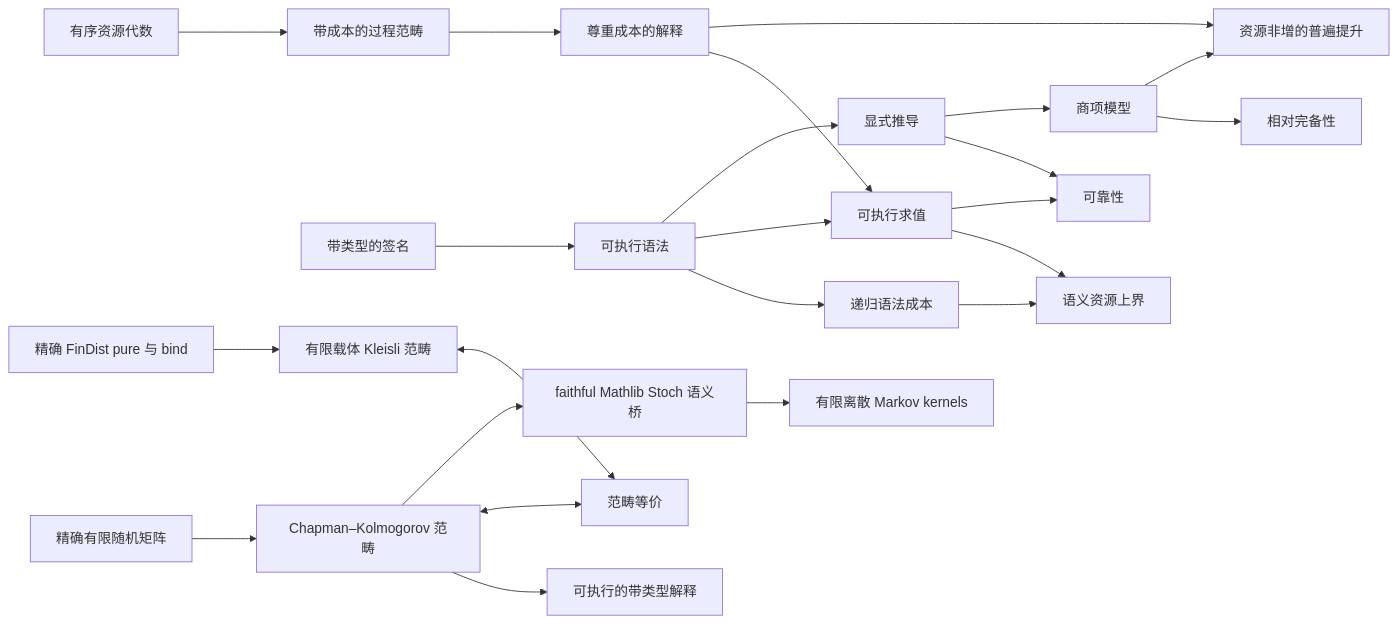
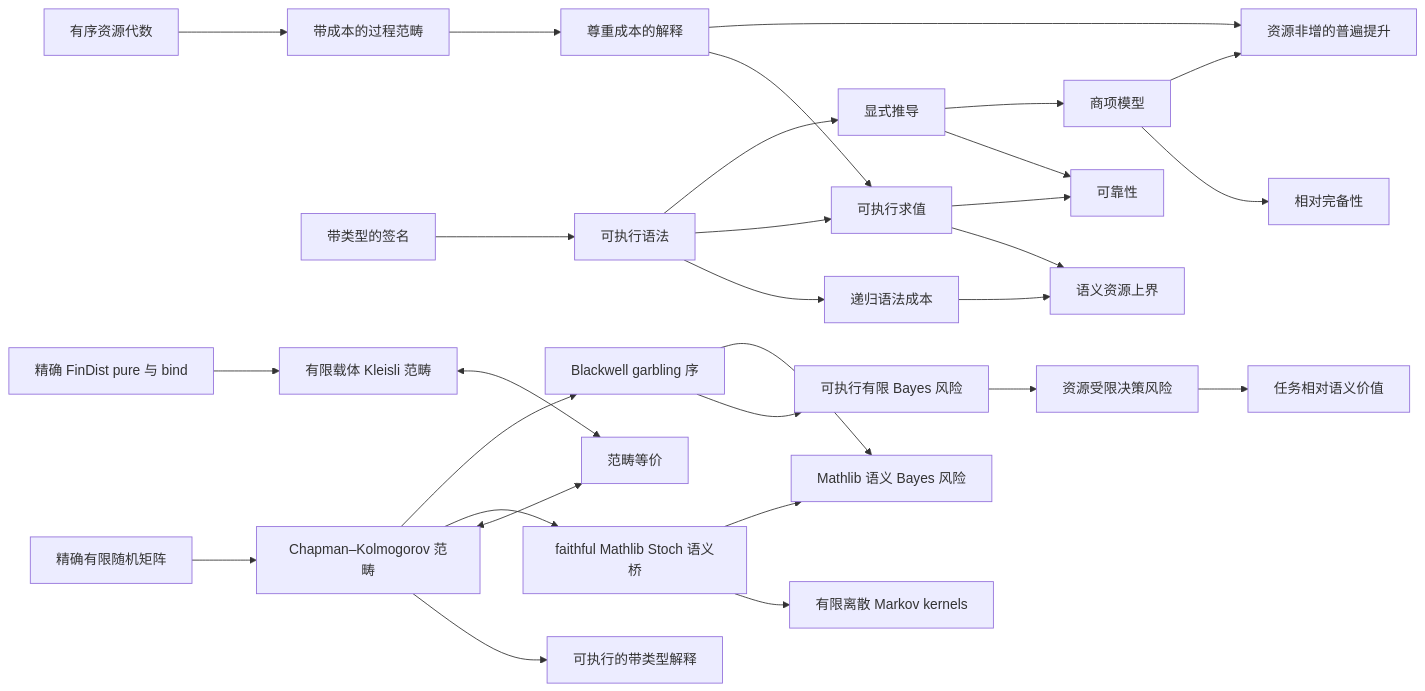
One commit to miuchan/ript changed the diagram in docs/README.zh-CN.md. Above: the diagram before and after it, drawn with Mermaid. The commit also changed other lines of this file and 15 other files, not shown here.

````diff
--- a/docs/README.zh-CN.md
+++ b/docs/README.zh-CN.md
@@ -250,25 +302,31 @@
 ```mermaid
 flowchart LR
   R["有序资源代数"] --> C["带成本的过程范畴"]
   S["带类型的签名"] --> X["可执行语法"]
   X --> K["递归语法成本"]
   C --> I["尊重成本的解释"]
   X --> E["可执行求值"]
   I --> E
   K --> B["语义资源上界"]
   E --> B
   X --> D["显式推导"]
   D --> SO["可靠性"]
   E --> SO
   D --> T["商项模型"]
   T --> CO["相对完备性"]
   I --> U["资源非增的普遍提升"]
   T --> U
   F["精确有限随机矩阵"] --> CK["Chapman–Kolmogorov 范畴"]
   CK --> EX["可执行的带类型解释"]
   FD["精确 FinDist pure 与 bind"] --> KL["有限载体 Kleisli 范畴"]
   CK <--> EQ["范畴等价"]
   KL <--> EQ
   CK --> ST["faithful Mathlib Stoch 语义桥"]
   ST --> MT["有限离散 Markov kernels"]
+  CK --> BW["Blackwell garbling 序"]
+  ST --> SB["Mathlib 语义 Bayes 风险"]
+  BW --> FR["可执行有限 Bayes 风险"]
+  FR --> RR["资源受限决策风险"]
+  RR --> SV["任务相对语义价值"]
+  BW --> SB
 ```
````
